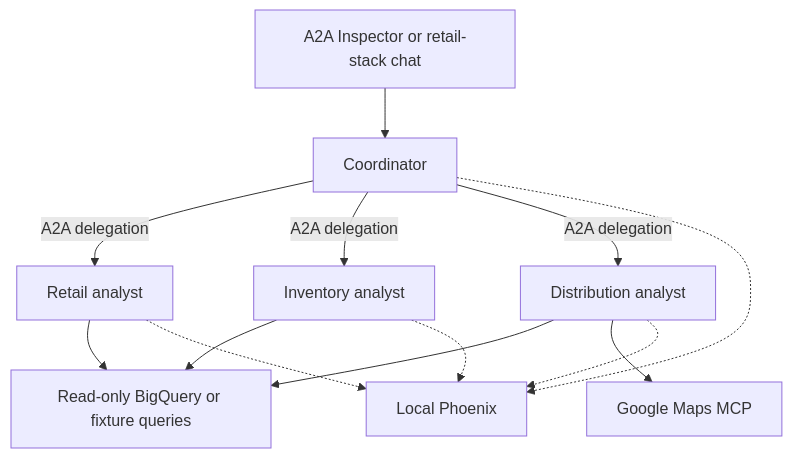
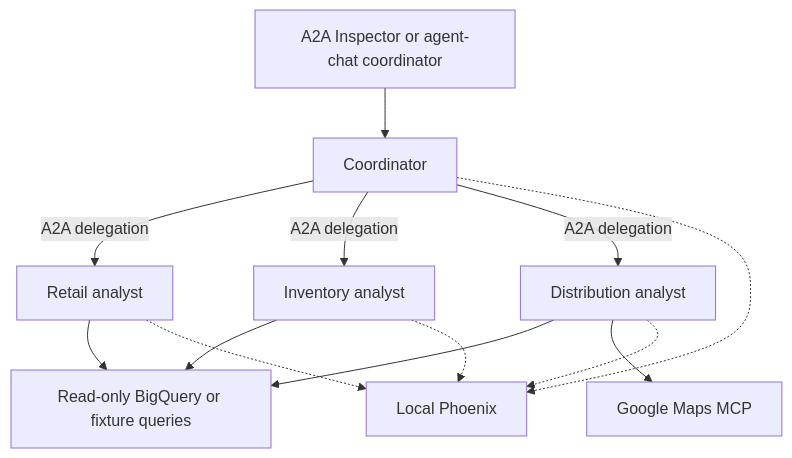
The first of 3 diagrams in docs/architecture.md (tymek100/opsfleet-task), drawn with Mermaid before and after one commit. The commit also changed 18 other files, not shown here.

````diff
--- a/docs/architecture.md
+++ b/docs/architecture.md
@@ -13,15 +13,15 @@
 ```mermaid
 flowchart TD
-    UI[A2A Inspector or retail-stack chat] --> C[Coordinator]
+    UI[A2A Inspector or agent-chat coordinator] --> C[Coordinator]
     C -->|A2A delegation| R[Retail analyst]
     C -->|A2A delegation| I[Inventory analyst]
     C -->|A2A delegation| D[Distribution analyst]
     R --> B[Read-only BigQuery or fixture queries]
     I --> B
     D --> B
     D --> M[Google Maps MCP]
     C -.-> P[Local Phoenix]
     R -.-> P
     I -.-> P
     D -.-> P
 ```
````
